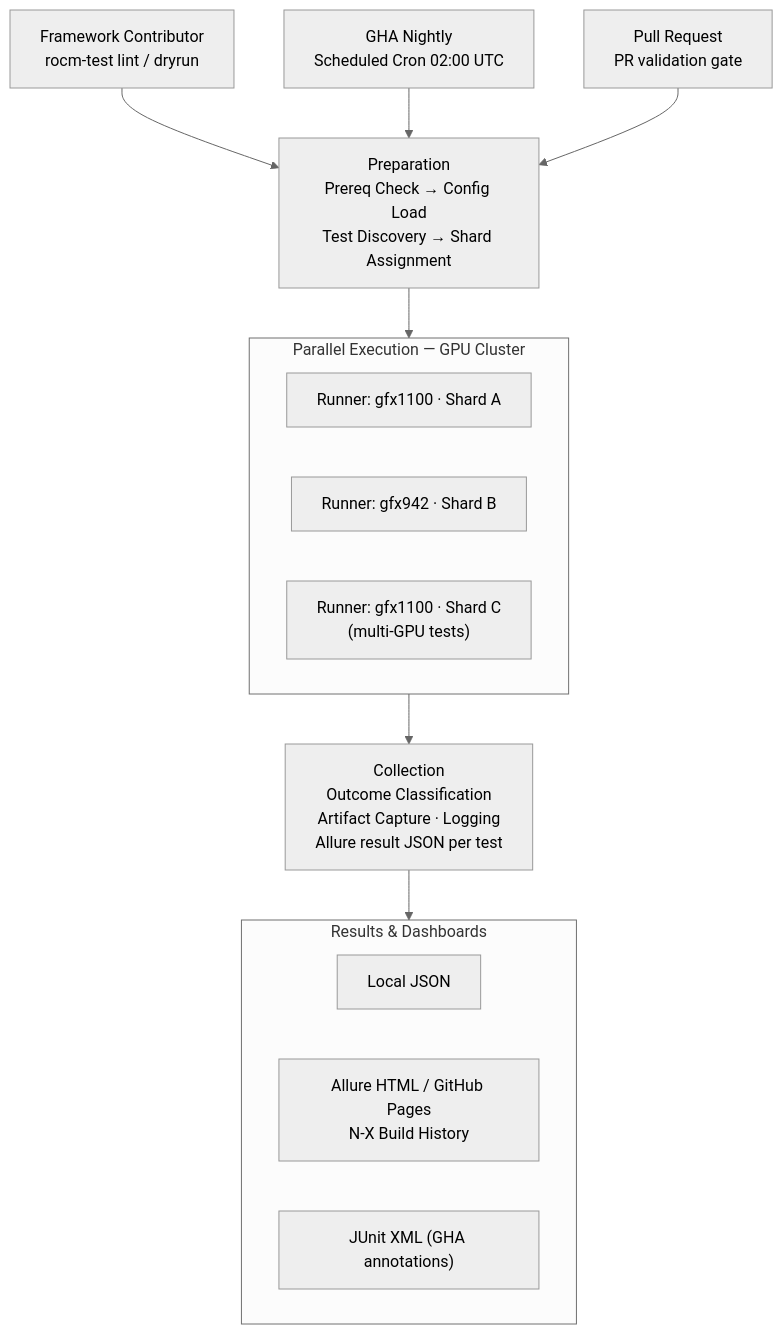
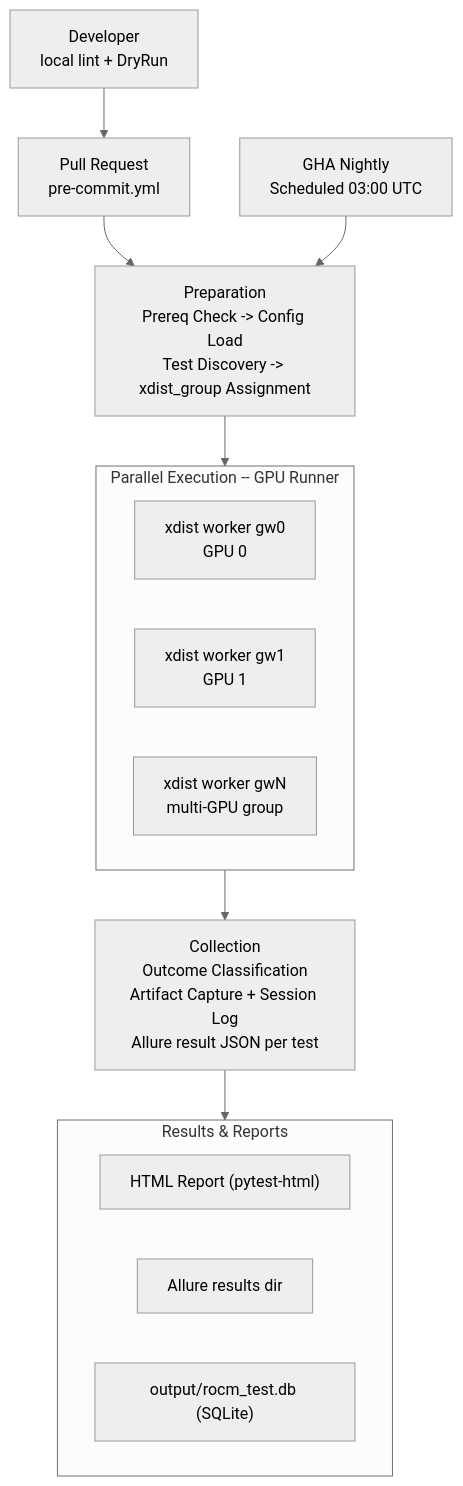
The first of 2 diagrams in docs/test-framework-architecture.md (ROCm/rocm-tests), drawn with Mermaid (neutral theme) before and after one commit. The commit also changed other lines of this file and 18 other files, not shown here.

Commit message:
Test Framework Documentation

````diff
--- a/docs/test-framework-architecture.md
+++ b/docs/test-framework-architecture.md
@@ -242,29 +907,29 @@
 ```mermaid
 flowchart TD
-    DEV["Framework Contributor<br/>rocm-test lint / dryrun"]
-    GHA["GHA Nightly<br/>Scheduled Cron 02:00 UTC"]
-    PR["Pull Request<br/>PR validation gate"]
+    DEV["Developer<br/>local lint + DryRun"]
+    PR["Pull Request<br/>pre-commit.yml"]
+    NIGHTLY["GHA Nightly<br/>Scheduled 03:00 UTC"]
 
-    PREP["Preparation<br/>Prereq Check → Config Load<br/>Test Discovery → Shard Assignment"]
+    PREP["Preparation<br/>Prereq Check -> Config Load<br/>Test Discovery -> xdist_group Assignment"]
 
-    subgraph EXEC["Parallel Execution — GPU Cluster"]
-        N1["Runner: gfx1100 · Shard A"]
-        N2["Runner: gfx942 · Shard B"]
-        NC["Runner: gfx1100 · Shard C<br/>(multi-GPU tests)"]
+    subgraph EXEC["Parallel Execution -- GPU Runner"]
+        W0["xdist worker gw0<br/>GPU 0"]
+        W1["xdist worker gw1<br/>GPU 1"]
+        WN["xdist worker gwN<br/>multi-GPU group"]
     end
 
-    COLLECT["Collection<br/>Outcome Classification<br/>Artifact Capture · Logging<br/>Allure result JSON per test"]
+    COLLECT["Collection<br/>Outcome Classification<br/>Artifact Capture + Session Log<br/>Allure result JSON per test"]
 
-    subgraph DASH["Results & Dashboards"]
-        J["Local JSON"]
-        A["Allure HTML / GitHub Pages<br/>N-X Build History"]
-        X["JUnit XML (GHA annotations)"]
+    subgraph DASH["Results & Reports"]
+        H["HTML Report (pytest-html)"]
+        A["Allure results dir"]
+        J["output/rocm_test.db (SQLite)"]
     end
 
-    DEV --> PREP
-    GHA --> PREP
+    DEV --> PR
     PR --> PREP
+    NIGHTLY --> PREP
     PREP --> EXEC
     EXEC --> COLLECT
     COLLECT --> DASH
 ```
````
